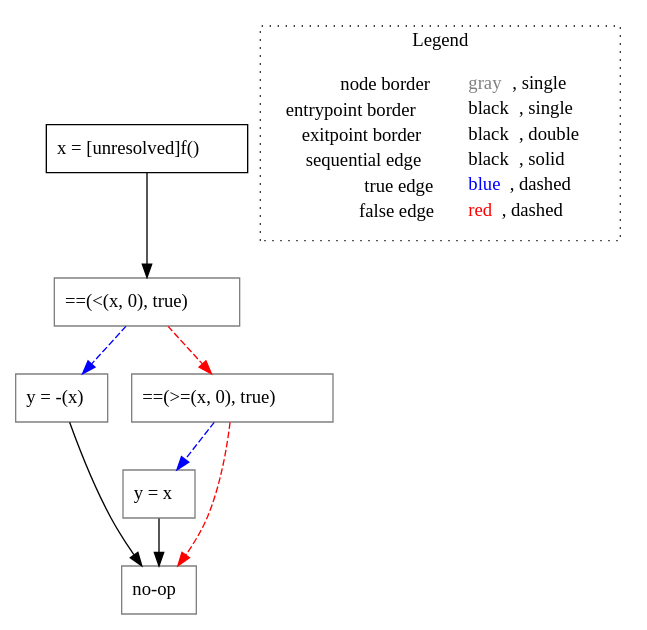
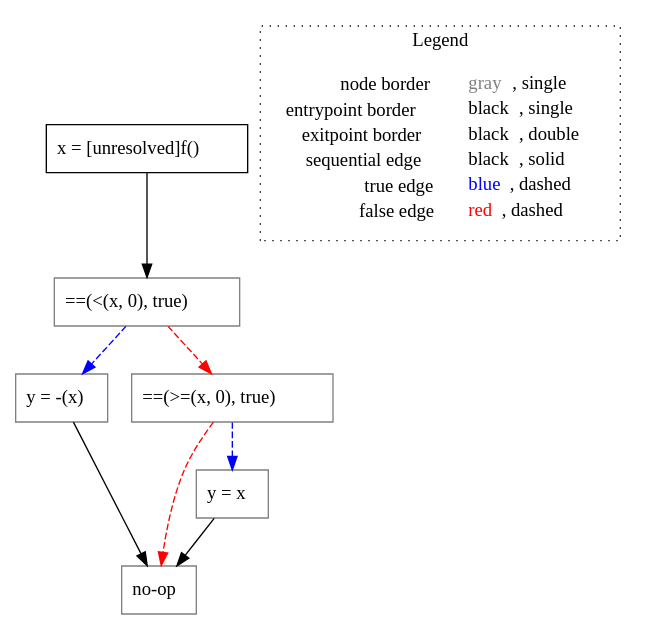
One commit to lisa-analyzer/go-lisa changed the diagram in go-lisa/test-outputs/cfg/switch/untyped_~LiSAProgram.noGuardWithAsg().dot. Above: the diagram before and after it, drawn with Graphviz. The commit also changed 37 other files, not shown here.

```diff
--- a/go-lisa/test-outputs/cfg/switch/untyped_~LiSAProgram.noGuardWithAsg().dot
+++ b/go-lisa/test-outputs/cfg/switch/untyped_~LiSAProgram.noGuardWithAsg().dot
@@ -1,22 +1,22 @@
 digraph {
 	"node0" [shape="rect",color="black",label=<x = [unresolved]f()>];
-	"node1" [shape="rect",color="gray",label=<y = x>];
-	"node2" [shape="rect",color="gray",label=<==(&lt;(x, 0), true)>];
-	"node3" [shape="rect",color="gray",label=<no-op>];
-	"node4" [shape="rect",color="gray",label=<y = -(x)>];
-	"node5" [shape="rect",color="gray",label=<==(&gt;=(x, 0), true)>];
-	"node1" -> "node3" [color="black"];
-	"node2" -> "node4" [color="blue",style="dashed"];
-	"node2" -> "node5" [color="red",style="dashed"];
-	"node0" -> "node2" [color="black"];
-	"node4" -> "node3" [color="black"];
-	"node5" -> "node1" [color="blue",style="dashed"];
-	"node5" -> "node3" [color="red",style="dashed"];
+	"node1" [shape="rect",color="gray",label=<==(&lt;(x, 0), true)>];
+	"node2" [shape="rect",color="gray",label=<no-op>];
+	"node3" [shape="rect",color="gray",label=<y = -(x)>];
+	"node4" [shape="rect",color="gray",label=<==(&gt;=(x, 0), true)>];
+	"node5" [shape="rect",color="gray",label=<y = x>];
+	"node1" -> "node3" [color="blue",style="dashed"];
+	"node1" -> "node4" [color="red",style="dashed"];
+	"node0" -> "node1" [color="black"];
+	"node3" -> "node2" [color="black"];
+	"node4" -> "node2" [color="red",style="dashed"];
+	"node4" -> "node5" [color="blue",style="dashed"];
+	"node5" -> "node2" [color="black"];
 subgraph cluster_legend {
 	label="Legend";
 	style=dotted;
 	node [shape=plaintext];
 	"legend" [label=<<table border="0" cellpadding="2" cellspacing="0" cellborder="0"><tr><td align="right">node border&nbsp;</td><td align="left"><font color="gray">gray</font>, single</td></tr><tr><td align="right">entrypoint border&nbsp;</td><td align="left"><font color="black">black</font>, single</td></tr><tr><td align="right">exitpoint border&nbsp;</td><td align="left"><font color="black">black</font>, double</td></tr><tr><td align="right">sequential edge&nbsp;</td><td align="left"><font color="black">black</font>, solid</td></tr><tr><td align="right">true edge&nbsp;</td><td align="left"><font color="blue">blue</font>, dashed</td></tr><tr><td align="right">false edge&nbsp;</td><td align="left"><font color="red">red</font>, dashed</td></tr></table>>];
 }
 
 }
```
